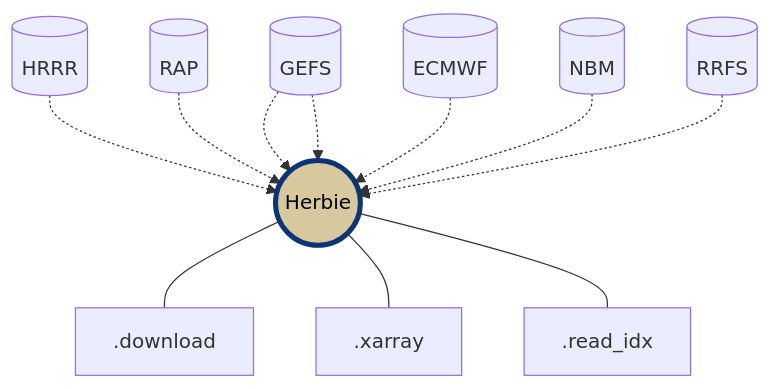
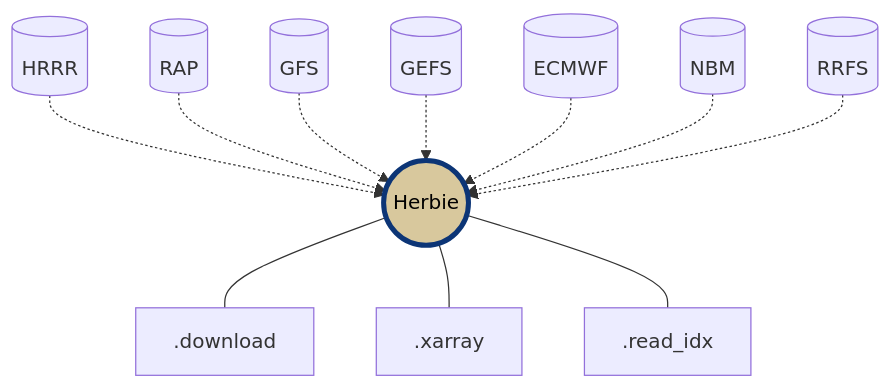
The diagram in README.md (blaylockbk/Herbie), drawn with Mermaid before and after one commit.

````diff
--- a/README.md
+++ b/README.md
@@ -57,16 +57,16 @@
 ```mermaid
   graph TD;
       d1[(HRRR)] -.-> H
       d2[(RAP)] -.-> H
       d3[(GFS)] -.-> H
-      d3[(GEFS)] -.-> H
+      d33[(GEFS)] -.-> H
       d4[(ECMWF)] -.-> H
       d5[(NBM)] -.-> H
       d6[(RRFS)] -.-> H
       H((Herbie))
       H --- .download
       H --- .xarray
       H --- .read_idx
 
       style H fill:#d8c89d,stroke:#0c3576,stroke-width:4px,color:#000000
 ```
````
